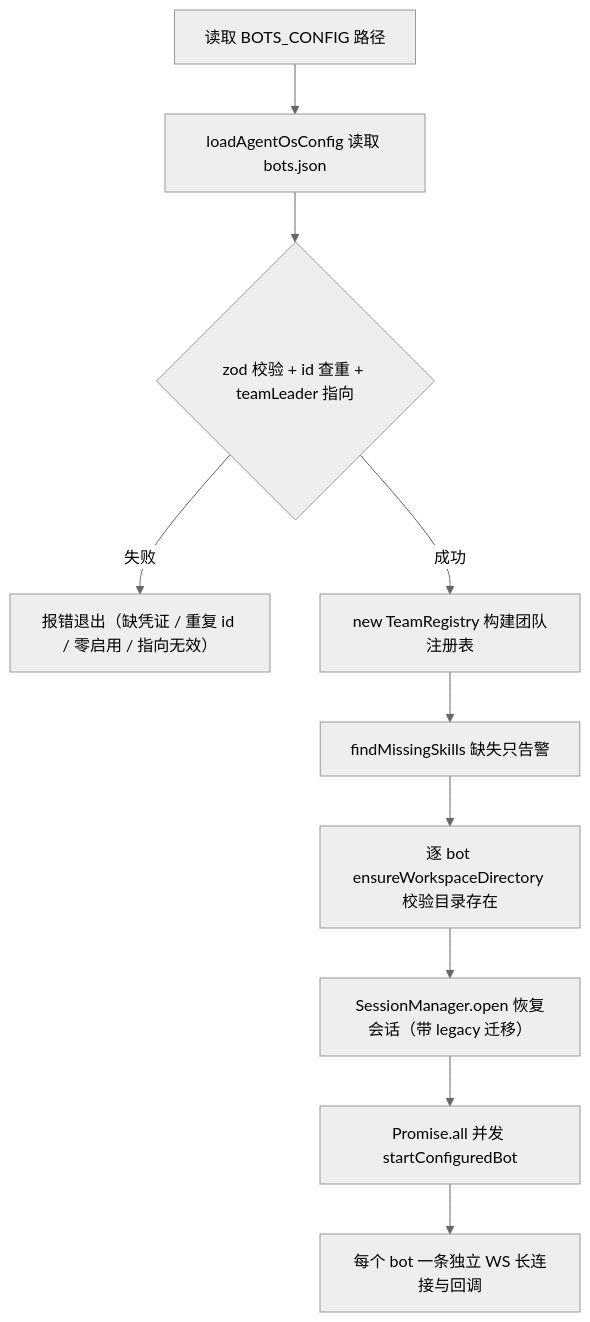
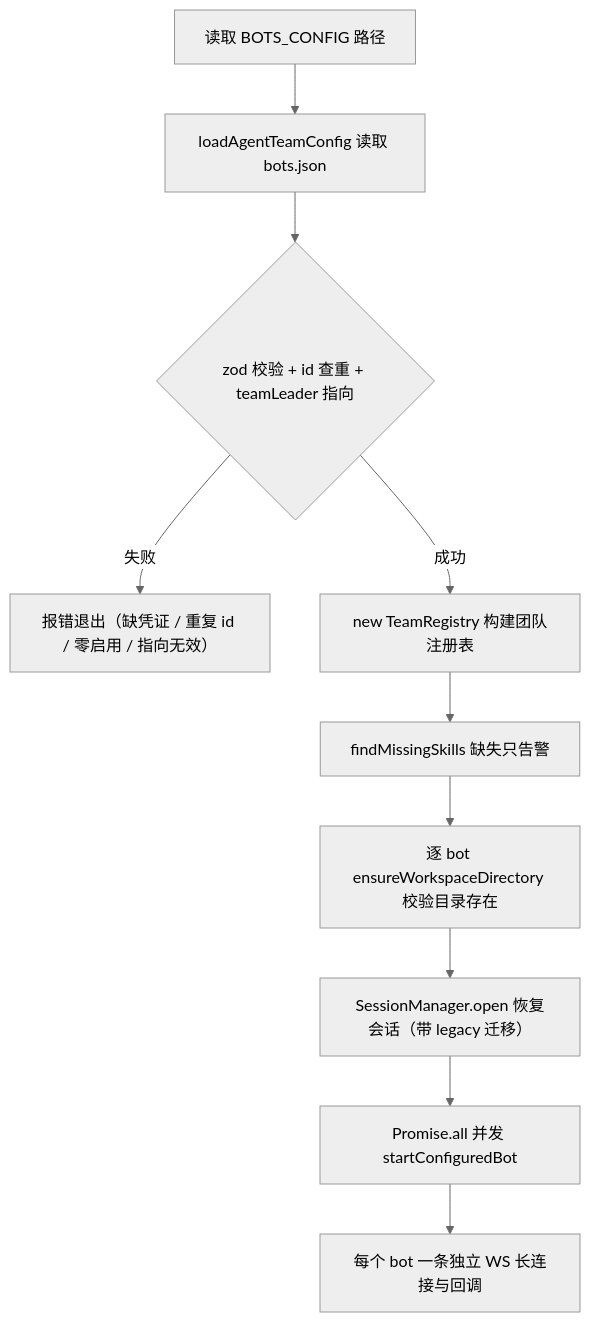
One commit to CerrorJ/Agent-Team changed the diagram in openwiki/domain/bot-registry.md. Above: the diagram before and after it, drawn with Mermaid (neutral theme). The commit also changed other lines of this file and 11 other files, not shown here.

````diff
--- a/openwiki/domain/bot-registry.md
+++ b/openwiki/domain/bot-registry.md
@@ -64,12 +64,12 @@
 ```mermaid
 flowchart TD
-    ENV["读取 BOTS_CONFIG 路径"] --> LOAD["loadAgentOsConfig 读取 bots.json"]
+    ENV["读取 BOTS_CONFIG 路径"] --> LOAD["loadAgentTeamConfig 读取 bots.json"]
     LOAD --> SCHEMA{"zod 校验 + id 查重 + teamLeader 指向"}
     SCHEMA -->|失败| FAIL["报错退出（缺凭证 / 重复 id / 零启用 / 指向无效）"]
     SCHEMA -->|成功| TEAM["new TeamRegistry 构建团队注册表"]
     TEAM --> SKILL["findMissingSkills 缺失只告警"]
     SKILL --> WS["逐 bot ensureWorkspaceDirectory 校验目录存在"]
     WS --> SESS["SessionManager.open 恢复会话（带 legacy 迁移）"]
     SESS --> START["Promise.all 并发 startConfiguredBot"]
     START --> CONN["每个 bot 一条独立 WS 长连接与回调"]
 ```
````
